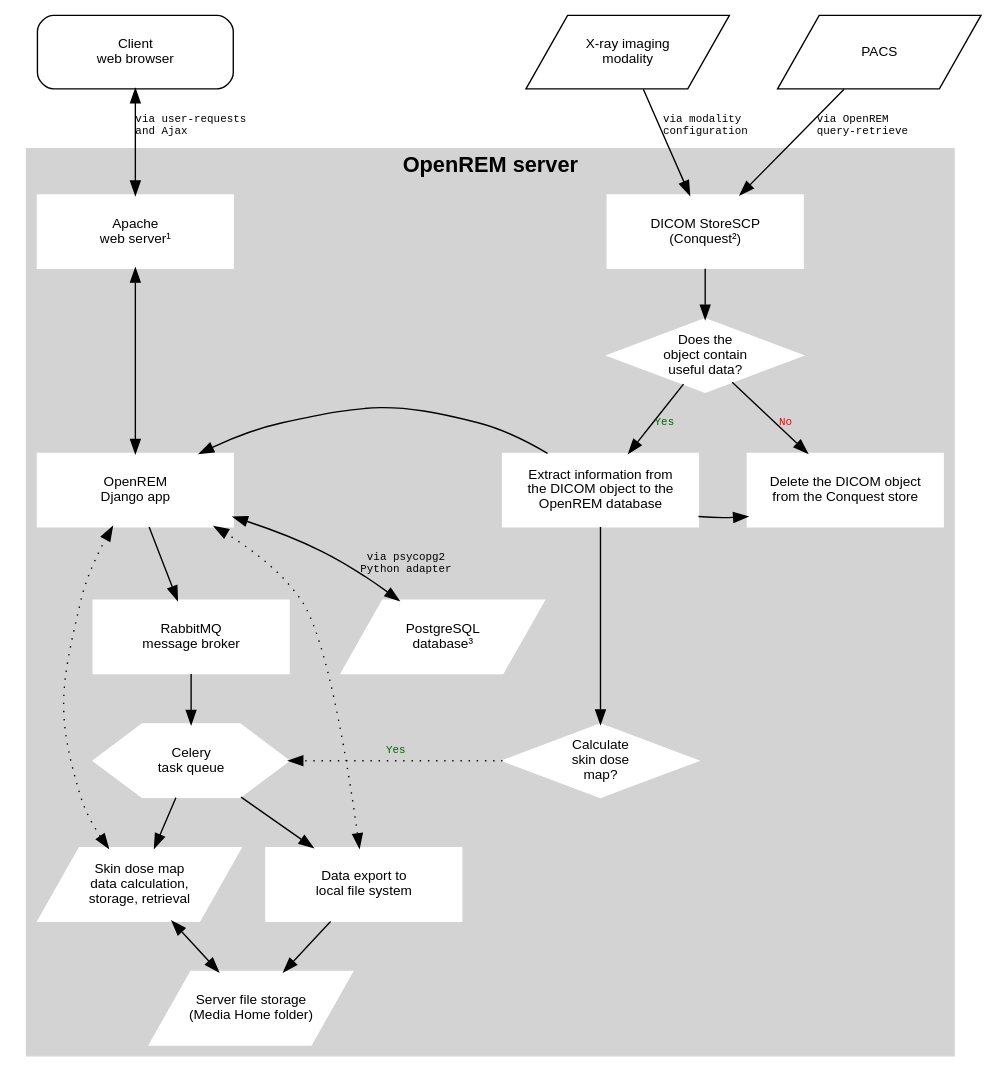
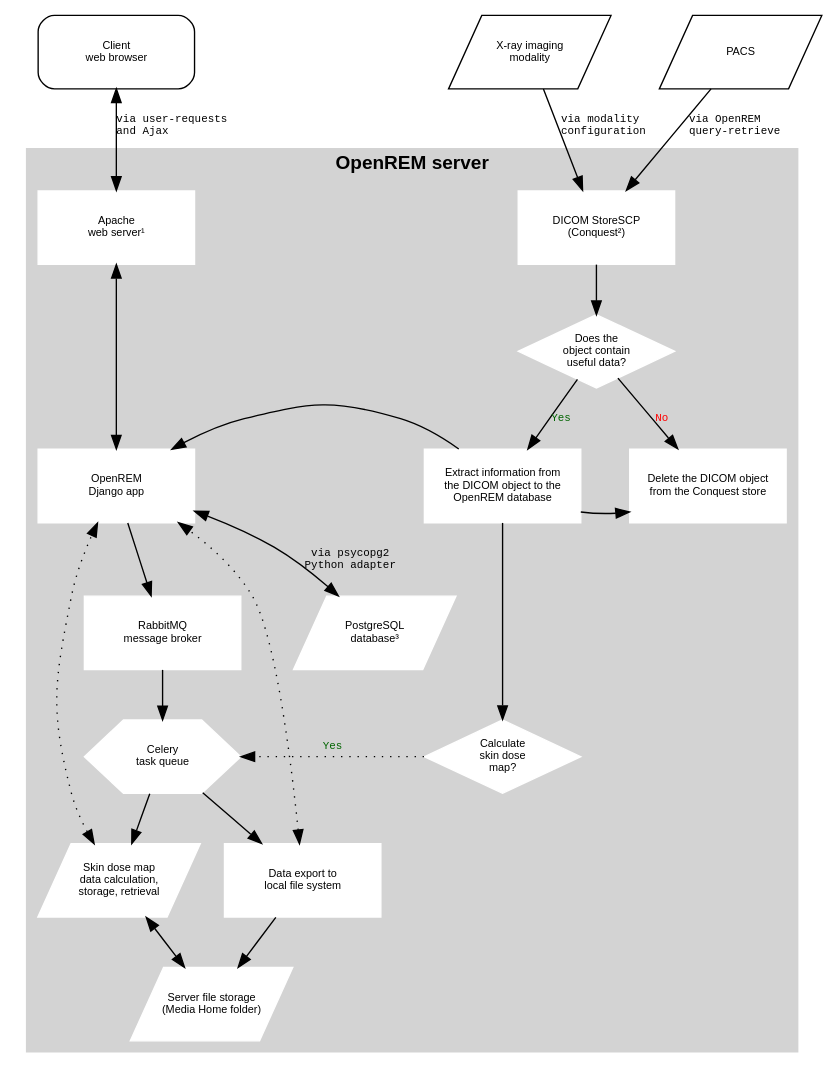
Before and after one commit to ckswilliams/modOpenREM: the diagram in docs/testgraphviz.rst, drawn with Graphviz.

Commit message:
Made nodes a little smaller, and reduced font size. I'm not able to produce a good-looking chart that is much narrower than this at the moment. May re-visit this at the weekend. References issue #448

```diff
--- a/docs/testgraphviz.rst
+++ b/docs/testgraphviz.rst
@@ -4,77 +4,77 @@
 .. graphviz::
 
    digraph {
-      node [fixedsize=true width=2.0 height=0.75 fontsize=10 margin="0.0,0.0"];
+      node [fixedsize=true width=1.6 height=0.75 fontsize=8 margin="0.0,0.0"];
 
       // Define the things on the server
       subgraph cluster_server {
 
          label="OpenREM server";
          tooltip="The server";
          fontname="Helvetica-bold";
-         fontsize=16;
+         fontsize=14;
          style=filled;
          color=lightgrey;
          node [style=filled color=white];
 
          // Define the nodes for the data storage, display and retrieval
          webserver [label="Apache\nweb server&sup1;" fontname="Helvetica" tooltip="Serve web pages to the user" shape="box"];
          python_django [label="OpenREM\nDjango app" fontname="Helvetica" tooltip="Python web framework" shape="box"];
          database [label="PostgreSQL\ndatabase&sup3;" fontname="Helvetica" tooltip="Relational database management system" shape="parallelogram"];
          rabbitmq [label="RabbitMQ\nmessage broker" fontname="Helvetica" tooltip="Message broker" shape="box"];
          celery [label="Celery\ntask queue" fontname="Helvetica" tooltip="Asynchronous task queue" shape="hexagon"];
          skin_dose_map_data [label="Skin dose map\ndata calculation,\nstorage, retrieval" fontname="Helvetica" tooltip="Calculate, store and retrieve skin dose map data" shape="parallelogram"];
          server_media_folder [label="Server file storage\n(Media Home folder)" fontname="Helvetica" tooltip="File storage on the server" shape="parallelogram"];
          data_export [label="Data export to\nlocal file system" fontname="Helvetica" tooltip="Files are made available to the user via a web page URL" shape="box"];
 
          // Define the links between the data storage, display and retrieval
          webserver -> python_django [dir=both];
          python_django -> database [dir=both label="via psycopg2\nPython adapter" fontsize=8 fontname="Courier"];
          python_django -> rabbitmq;
          rabbitmq -> celery;
          celery -> skin_dose_map_data;
          celery -> data_export;
          skin_dose_map_data -> server_media_folder [dir=both];
          skin_dose_map_data -> python_django [style=dotted dir=both];
          data_export -> server_media_folder;
          data_export -> python_django [style=dotted dir=both];
 
          // Define the nodes for the DICOM store, database population and skin dose map calculation
          conquest [label="DICOM StoreSCP\n(Conquest&sup2;)" fontname="Helvetica" tooltip="Conquest, acting as a DICOM storage SCP" shape="box"];
          conquest_script [shape=diamond label="Does the\nobject contain\nuseful data?" fontname="Helvetica" tooltip="Process the rules in dicom.ini"];
          populate_database [label="Extract information from\nthe DICOM object to the\nOpenREM database" fontname="Helvetica", tooltip="Extract data using OpenREM's python scripts" shape="box"];
          delete_object [label="Delete the DICOM object\nfrom the Conquest store" fontname="Helvetica" tooltip="Delete the DICOM object from the local store SCP" shape="box"];
          calc_skin_dose_map [shape=diamond label="Calculate\nskin dose\nmap?" fontname="Helvetica" tooltip="Calculate the skin dose map?"];
          blank_node_1 [shape=none style=invisible];
 
          // Define the links between the DICOM store, database population and skin dose map calculation
          conquest_script -> populate_database [label="Yes" fontcolor=darkgreen fontsize=8 fontname="Courier"];
          populate_database -> delete_object;
          conquest_script -> delete_object [label="No" fontcolor=red fontsize=8 fontname="Courier"];
          conquest -> conquest_script;
          populate_database -> calc_skin_dose_map;
 
          // Define the links between the two groups
          python_django -> populate_database [dir=back]
          calc_skin_dose_map -> celery [style=dotted label="Yes" fontcolor=darkgreen fontsize=8 fontname="Courier"]
 
          // Force certain nodes to be on the same level so that the diagram looks good (hopefully)
          {rank=same; webserver conquest};
          {rank=same; celery calc_skin_dose_map };
          {rank=same; python_django->blank_node_1->delete_object->populate_database [style=invis]; rankdir=LR;}
       }
 
       // Define the web browser, modality and pacs nodes
       web_browser [label="Client\nweb browser" fontname="Helvetica" tooltip="The user's web browser" shape="box" style=rounded];
       modality [label="X-ray imaging\nmodality" fontname="Helvetica" tooltip="Data send from an x-ray imaging modality" shape="parallelogram"];
       pacs [label="PACS" fontname="Helvetica" tooltip="A Picture Archiving and Communication System" shape="parallelogram"];
       blank_node_2 [label="" shape=none];
 
       // Define the links that the browser, modality and pacs have
       web_browser -> webserver [dir=both label="via user-requests\land Ajax\l" fontsize=8 fontname="Courier" tooltip="Ajax used to retrieve chart data"];
       modality -> conquest [label="via modality\lconfiguration\l" fontsize=8 fontname="Courier"];
       pacs -> conquest [label="via OpenREM\lquery-retrieve\l" fontsize=8 fontname="Courier"];
 
       // Force the web browser, blank node, modality and pacs to be on the same level in a specific order
       {rank=same; web_browser->blank_node_2->modality->pacs [style=invis]; rankdir=LR;};
    }
```
